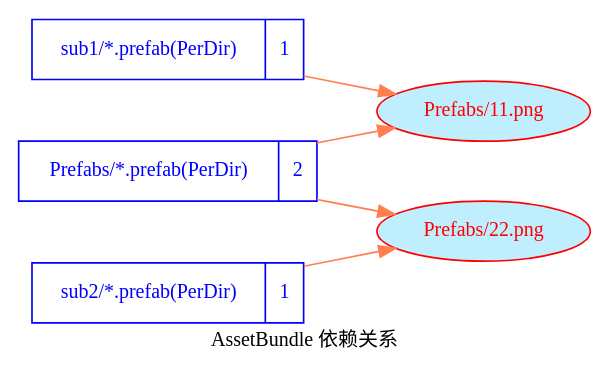
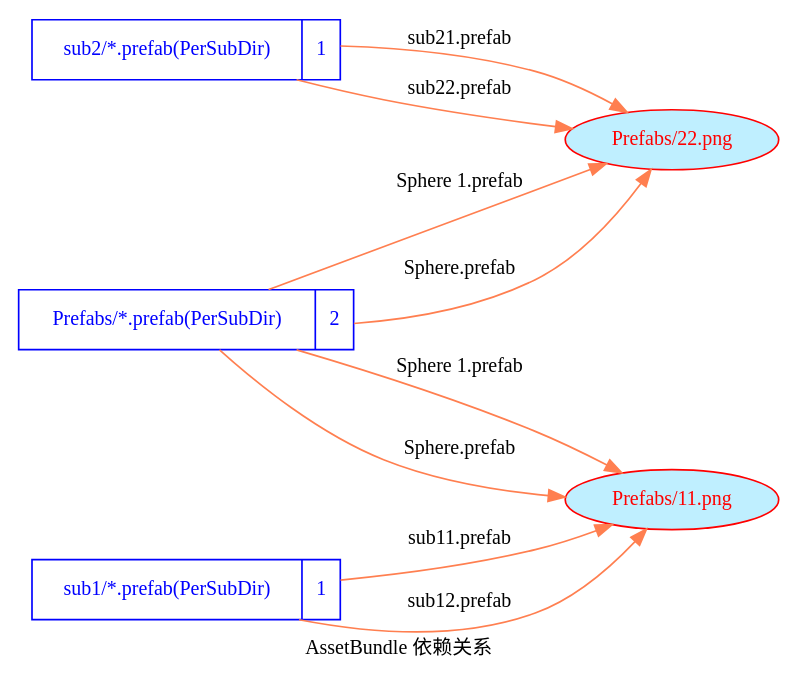
One commit to songtm/ABSystem changed the diagram in Assets/StreamingAssets/AssetBundles/00dep.dot. Above: the diagram before and after it, drawn with Graphviz. The commit also changed 28 other files, not shown here.

```diff
--- a/Assets/StreamingAssets/AssetBundles/00dep.dot
+++ b/Assets/StreamingAssets/AssetBundles/00dep.dot
@@ -1,26 +1,30 @@
 digraph dep {
     fontname = "Microsoft YaHei";
     label = "AssetBundle 依赖关系"
     nodesep=0.5
     rankdir = "LR"
     fontsize = 12;
     node [ fontname = "Microsoft YaHei", fontsize = 12, shape = "record" color="skyblue"];
     edge [ fontname = "Microsoft YaHei", fontsize = 12 , color="coral"];
-	"Prefabs/*.prefab(PerDir)" [color="blue", fontcolor="blue", label="{<f0> Prefabs/*.prefab(PerDir) |<f1> 2 }"]
-	"sub1/*.prefab(PerDir)" [color="blue", fontcolor="blue", label="{<f0> sub1/*.prefab(PerDir) |<f1> 1 }"]
-	"sub2/*.prefab(PerDir)" [color="blue", fontcolor="blue", label="{<f0> sub2/*.prefab(PerDir) |<f1> 1 }"]
+	"Prefabs/*.prefab(PerSubDir)" [color="blue", fontcolor="blue", label="{<f0> Prefabs/*.prefab(PerSubDir) |<f1> 2 }"]
+	"sub1/*.prefab(PerSubDir)" [color="blue", fontcolor="blue", label="{<f0> sub1/*.prefab(PerSubDir) |<f1> 1 }"]
+	"sub2/*.prefab(PerSubDir)" [color="blue", fontcolor="blue", label="{<f0> sub2/*.prefab(PerSubDir) |<f1> 1 }"]
+	"Prefabs/22.png" [color="red", fontcolor="red", shape="ellipse", fillcolor="lightblue1", style="filled"]
 	"Prefabs/11.png" [color="red", fontcolor="red", shape="ellipse", fillcolor="lightblue1", style="filled"]
-	"Prefabs/22.png" [color="red", fontcolor="red", shape="ellipse", fillcolor="lightblue1", style="filled"]
-	"Prefabs/*.prefab(PerDir)"->"Prefabs/11.png"
-	"Prefabs/*.prefab(PerDir)"->"Prefabs/22.png"
+	"Prefabs/*.prefab(PerSubDir)"->"Prefabs/22.png" [label="Sphere 1.prefab"]
+	"Prefabs/*.prefab(PerSubDir)"->"Prefabs/11.png" [label="Sphere 1.prefab"]
 
+	"Prefabs/*.prefab(PerSubDir)"->"Prefabs/22.png" [label="Sphere.prefab"]
+	"Prefabs/*.prefab(PerSubDir)"->"Prefabs/11.png" [label="Sphere.prefab"]
 
-	"sub1/*.prefab(PerDir)"->"Prefabs/11.png"
+	"sub1/*.prefab(PerSubDir)"->"Prefabs/11.png" [label="sub11.prefab"]
 
+	"sub1/*.prefab(PerSubDir)"->"Prefabs/11.png" [label="sub12.prefab"]
 
-	"sub2/*.prefab(PerDir)"->"Prefabs/22.png"
+	"sub2/*.prefab(PerSubDir)"->"Prefabs/22.png" [label="sub21.prefab"]
 
+	"sub2/*.prefab(PerSubDir)"->"Prefabs/22.png" [label="sub22.prefab"]
 
 
 
 }
```
